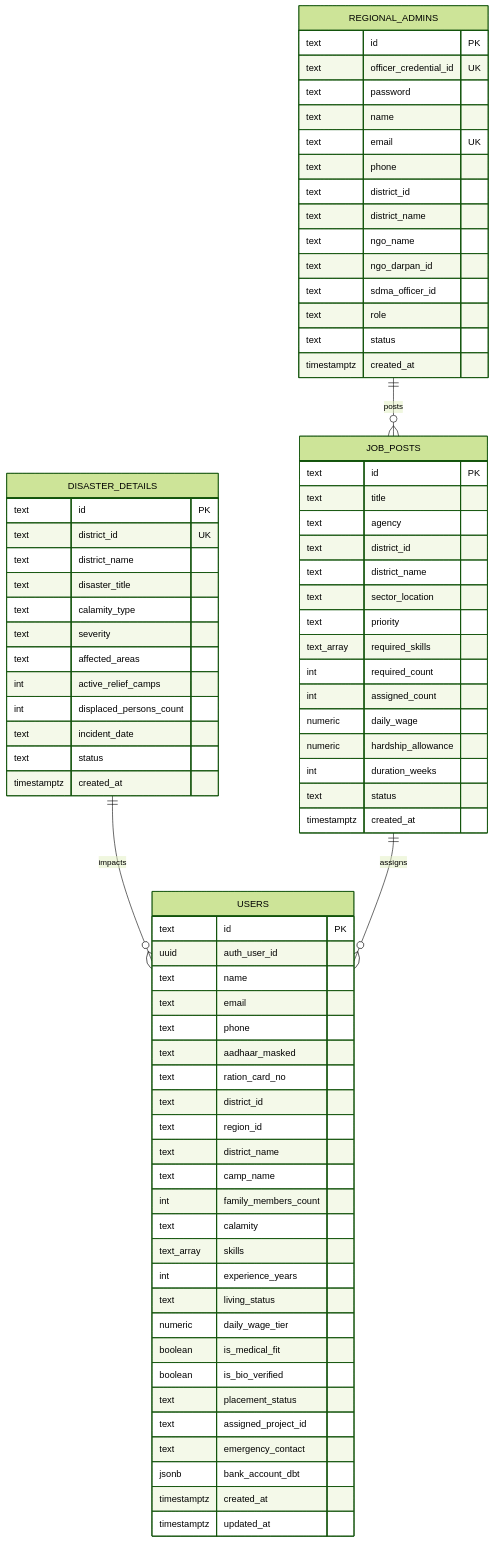
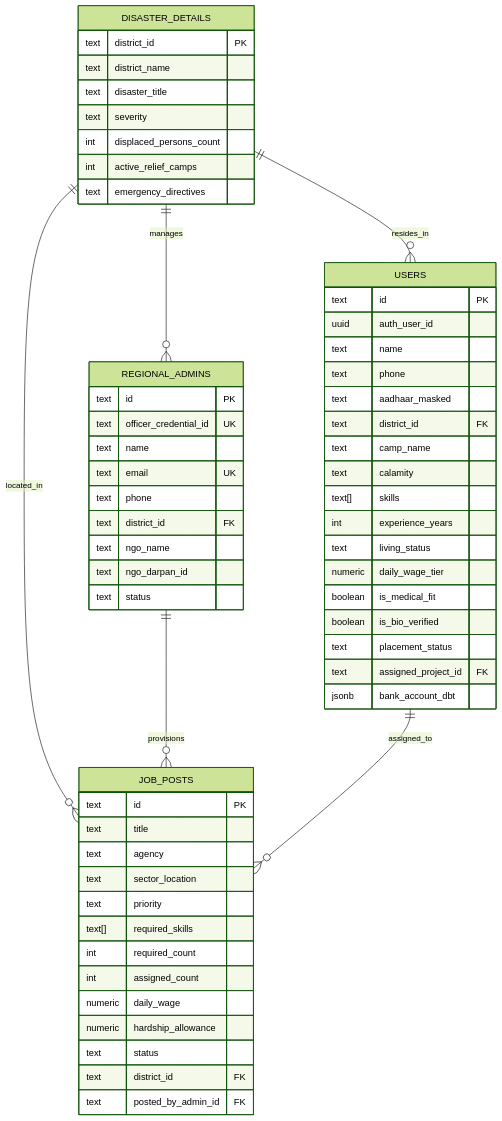
Before and after one commit to Abhiieeeyyy/Sahayasetu: the third of 6 diagrams in docs/TECHNICAL_DESIGN_DOCUMENT.md, drawn with Mermaid (forest theme). The commit also changed other lines of this file and 15 other files, not shown here.

Commit message:
feat: add dispatch approval modal, revert job assignments, and admin management updates

````diff
--- a/docs/TECHNICAL_DESIGN_DOCUMENT.md
+++ b/docs/TECHNICAL_DESIGN_DOCUMENT.md
@@ -146,84 +155,66 @@
 ```mermaid
 erDiagram
+    DISASTER_DETAILS ||--o{ REGIONAL_ADMINS : manages
+    DISASTER_DETAILS ||--o{ USERS : resides_in
+    DISASTER_DETAILS ||--o{ JOB_POSTS : located_in
+    REGIONAL_ADMINS ||--o{ JOB_POSTS : provisions
+    USERS ||--o{ JOB_POSTS : assigned_to
+
+    DISASTER_DETAILS {
+        text district_id PK
+        text district_name
+        text disaster_title
+        text severity
+        int displaced_persons_count
+        int active_relief_camps
+        text emergency_directives
+    }
+
+    REGIONAL_ADMINS {
+        text id PK
+        text officer_credential_id UK
+        text name
+        text email UK
+        text phone
+        text district_id FK
+        text ngo_name
+        text ngo_darpan_id
+        text status
+    }
+
     USERS {
         text id PK
         uuid auth_user_id
         text name
-        text email
         text phone
         text aadhaar_masked
-        text ration_card_no
-        text district_id
-        text region_id
-        text district_name
+        text district_id FK
         text camp_name
-        int family_members_count
         text calamity
-        text_array skills
+        text[] skills
         int experience_years
         text living_status
         numeric daily_wage_tier
         boolean is_medical_fit
         boolean is_bio_verified
         text placement_status
-        text assigned_project_id
-        text emergency_contact
+        text assigned_project_id FK
         jsonb bank_account_dbt
-        timestamptz created_at
-        timestamptz updated_at
-    }
-
-    REGIONAL_ADMINS {
-        text id PK
-        text officer_credential_id UK
-        text password
-        text name
-        text email UK
-        text phone
-        text district_id
-        text district_name
-        text ngo_name
-        text ngo_darpan_id
-        text sdma_officer_id
-        text role
-        text status
-        timestamptz created_at
     }
 
     JOB_POSTS {
         text id PK
         text title
         text agency
-        text district_id
-        text district_name
         text sector_location
         text priority
-        text_array required_skills
+        text[] required_skills
         int required_count
         int assigned_count
         numeric daily_wage
         numeric hardship_allowance
-        int duration_weeks
         text status
-        timestamptz created_at
+        text district_id FK
+        text posted_by_admin_id FK
     }
-
-    DISASTER_DETAILS {
-        text id PK
-        text district_id UK
-        text district_name
-        text disaster_title
-        text calamity_type
-        text severity
-        text affected_areas
-        int active_relief_camps
-        int displaced_persons_count
-        text incident_date
-        text status
-        timestamptz created_at
-    }
-
-    REGIONAL_ADMINS ||--o{ JOB_POSTS : "posts"
-    DISASTER_DETAILS ||--o{ USERS : "impacts"
-    JOB_POSTS ||--o{ USERS : "assigns"
 ```
````
